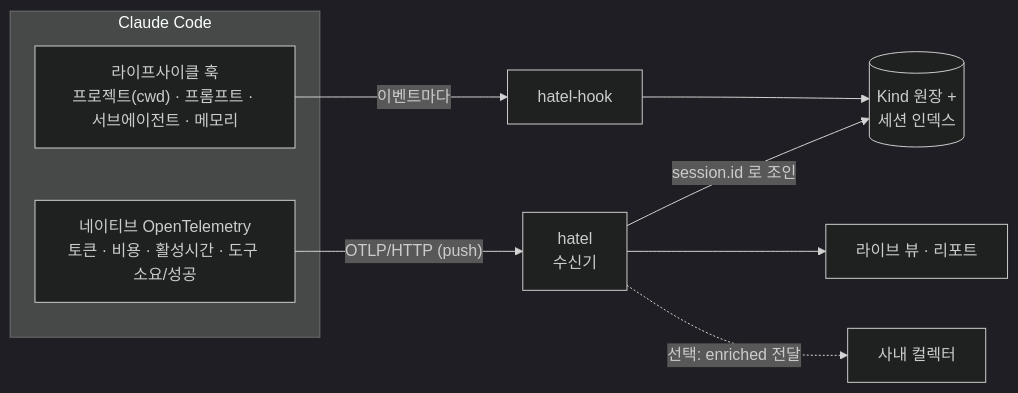
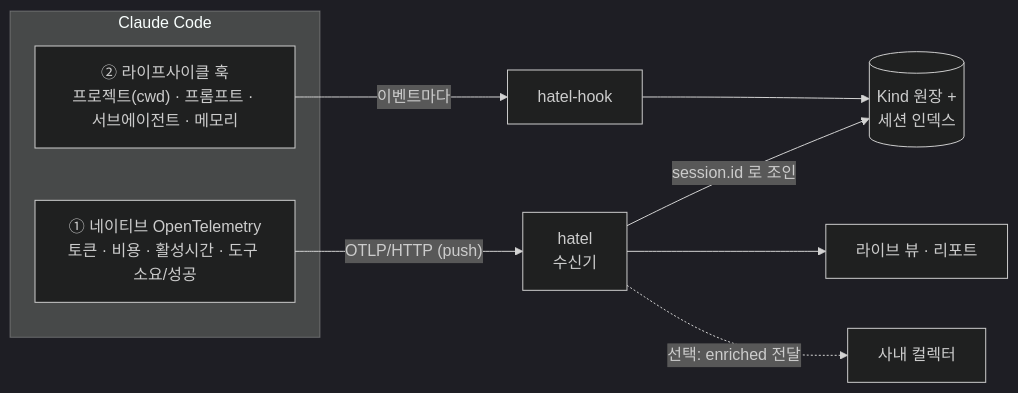
Before and after one commit to junyeong-ai/hatel: the first of 2 diagrams in README.md, drawn with Mermaid (dark theme). The commit also changed other lines of this file and 1 other file, not shown here.

````diff
--- a/README.md
+++ b/README.md
@@ -24,13 +33,13 @@
 ```mermaid
 flowchart LR
   subgraph CC["Claude Code"]
-    M["네이티브 OpenTelemetry<br/>토큰 · 비용 · 활성시간 · 도구 소요/성공"]
-    H["라이프사이클 훅<br/>프로젝트(cwd) · 프롬프트 · 서브에이전트 · 메모리"]
+    M["① 네이티브 OpenTelemetry<br/>토큰 · 비용 · 활성시간 · 도구 소요/성공"]
+    H["② 라이프사이클 훅<br/>프로젝트(cwd) · 프롬프트 · 서브에이전트 · 메모리"]
   end
   M -->|"OTLP/HTTP (push)"| R["hatel<br/>수신기"]
   H -->|"이벤트마다"| K["hatel-hook"]
   K --> IDX[("Kind 원장 +<br/>세션 인덱스")]
   R -->|"session.id 로 조인"| IDX
   R --> OUT["라이브 뷰 · 리포트"]
   R -.->|"선택: enriched 전달"| CORP["사내 컬렉터"]
 ```
````
